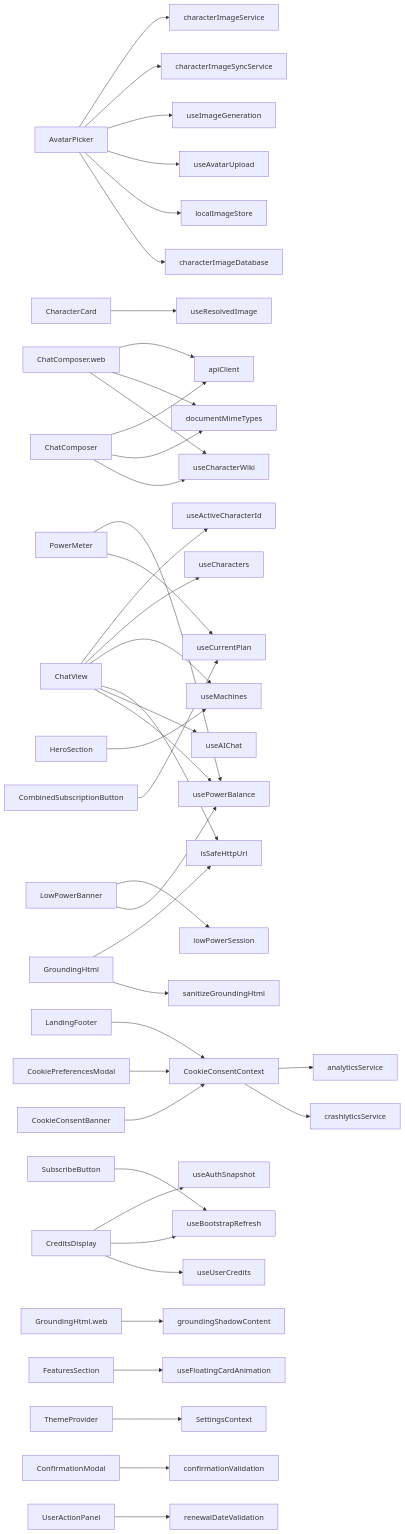
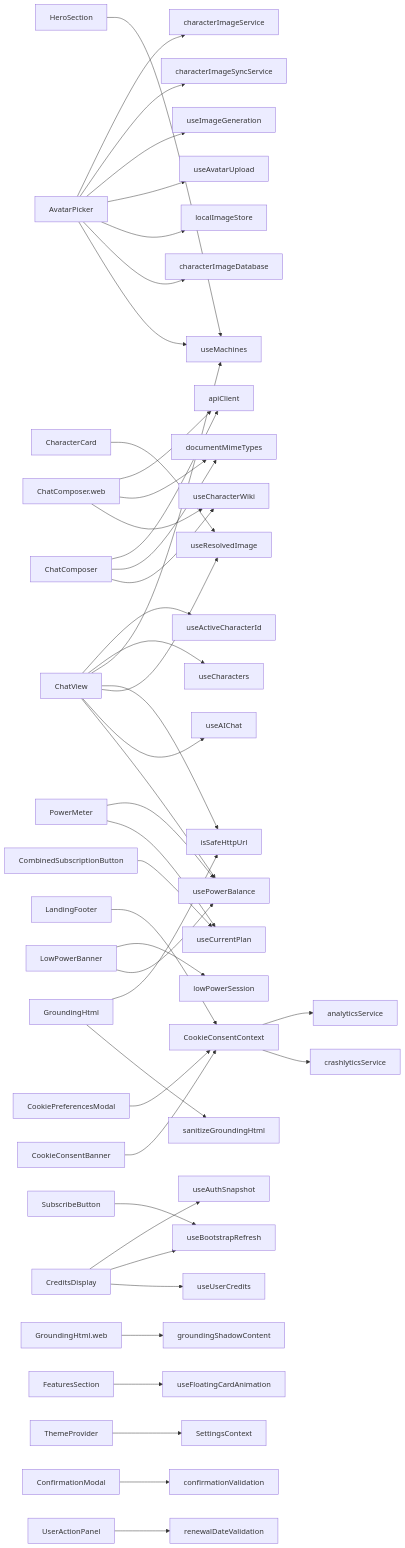
Before and after one commit to equationalapplications/clanker: the diagram in docs/flowcharts/COMPONENTS.md, drawn with Mermaid. The commit also changed 2 other files, not shown here.

Commit message:
docs(specs): phase 2 plan, approved spec, refreshed COMPONENTS diagram
Companion docs for the avatar-bubble-unification phase 2 implementation
on this branch. The plan is the task-by-task record of what shipped; the
spec is marked Implemented (PR pending); COMPONENTS.md is the
auto-generated graph refresh reflecting the new useResolvedImage edge
into ChatView and the AvatarPicker/useMachines edge.

````diff
--- a/docs/flowcharts/COMPONENTS.md
+++ b/docs/flowcharts/COMPONENTS.md
@@ -4,44 +4,46 @@
 ```mermaid
 graph LR
+  AvatarPicker --> useMachines
   AvatarPicker --> characterImageDatabase
   AvatarPicker --> localImageStore
   AvatarPicker --> useAvatarUpload
   AvatarPicker --> useImageGeneration
   AvatarPicker --> characterImageSyncService
   AvatarPicker --> characterImageService
   CharacterCard --> useResolvedImage
   ChatComposer --> useCharacterWiki
   ChatComposer --> documentMimeTypes
   ChatComposer --> apiClient
   ChatComposer.web --> useCharacterWiki
   ChatComposer.web --> documentMimeTypes
   ChatComposer.web --> apiClient
   ChatView --> usePowerBalance
   ChatView --> useAIChat
+  ChatView --> useResolvedImage
   ChatView --> isSafeHttpUrl
   ChatView --> useMachines
   ChatView --> useCharacters
   ChatView --> useActiveCharacterId
   CombinedSubscriptionButton --> useCurrentPlan
   CookieConsentBanner --> CookieConsentContext
   CookieConsentContext --> crashlyticsService
   CookieConsentContext --> analyticsService
   CookiePreferencesModal --> CookieConsentContext
   CreditsDisplay --> useUserCredits
   CreditsDisplay --> useBootstrapRefresh
   CreditsDisplay --> useAuthSnapshot
   GroundingHtml --> sanitizeGroundingHtml
   GroundingHtml --> isSafeHttpUrl
   GroundingHtml.web --> groundingShadowContent
   FeaturesSection --> useFloatingCardAnimation
   HeroSection --> useMachines
   LandingFooter --> CookieConsentContext
   LowPowerBanner --> usePowerBalance
   LowPowerBanner --> lowPowerSession
   PowerMeter --> useCurrentPlan
   PowerMeter --> usePowerBalance
   SubscribeButton --> useBootstrapRefresh
   ThemeProvider --> SettingsContext
   ConfirmationModal --> confirmationValidation
   UserActionPanel --> renewalDateValidation
 ```
````
